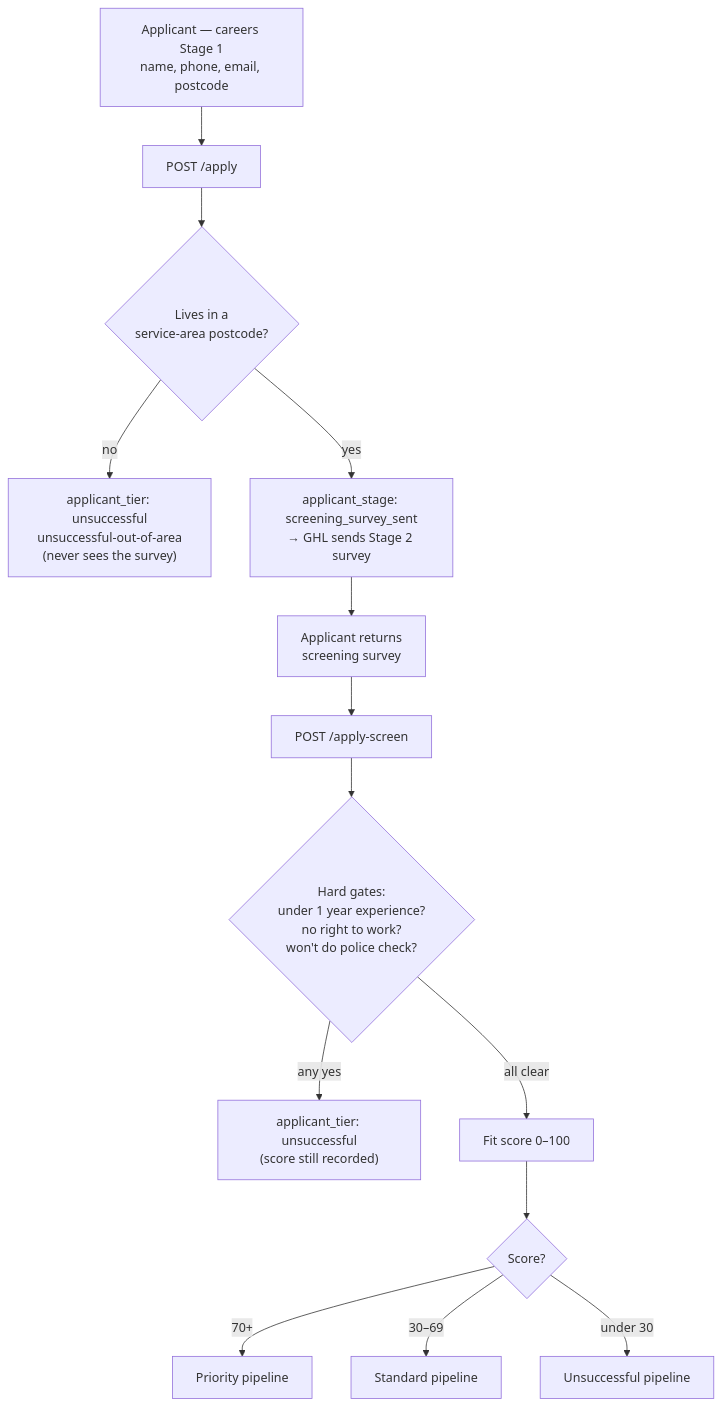
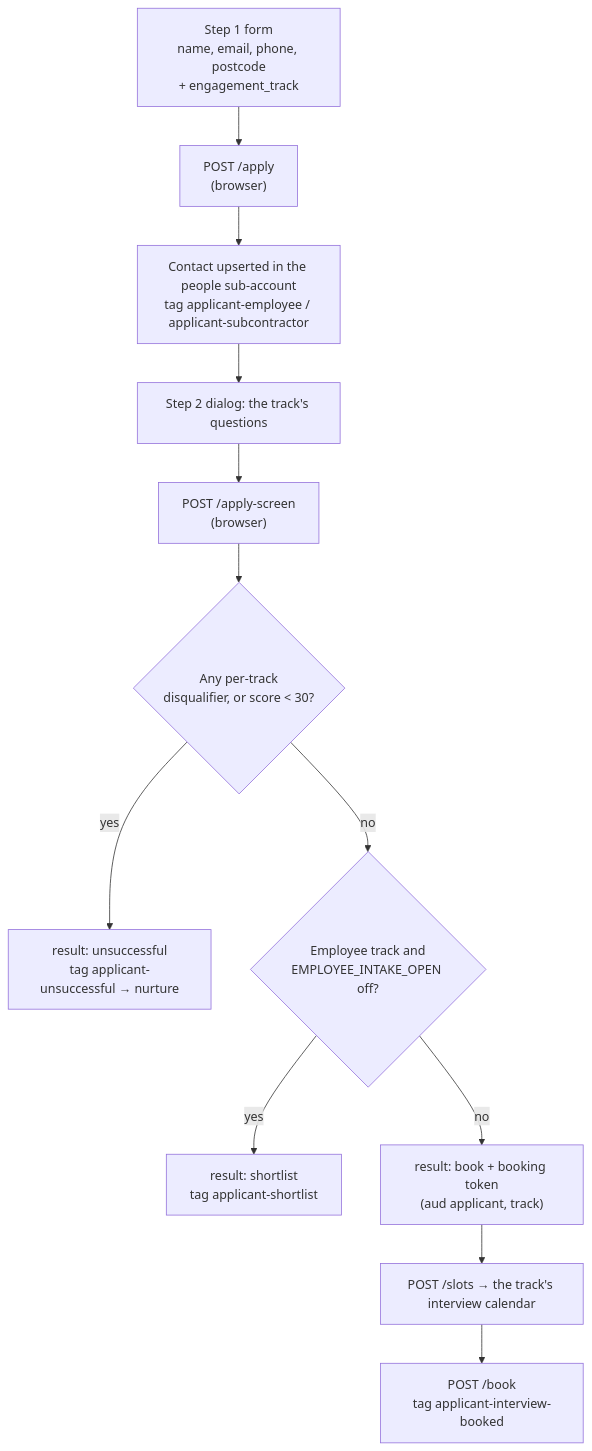
Before and after one commit to VantagePointFacilityServices/vpfs-website: the eighth of 11 diagrams in docs/WORKER.md, drawn with Mermaid. The commit also changed other lines of this file and 2 other files, not shown here.

First line of the commit message:
Save applicant answers to GHL; bring the Worker docs' applicant sections up to date

````diff
--- a/docs/WORKER.md
+++ b/docs/WORKER.md
@@ -475,16 +472,12 @@
 ```mermaid
 flowchart TD
-    A["Applicant — careers Stage 1<br/>name, phone, email, postcode"] --> AP["POST /apply"]
-    AP --> PC{"Lives in a<br/>service-area postcode?"}
-    PC -- no --> U1["applicant_tier: unsuccessful<br/>unsuccessful-out-of-area<br/>(never sees the survey)"]
-    PC -- yes --> SS["applicant_stage: screening_survey_sent<br/>→ GHL sends Stage 2 survey"]
-
-    SS --> SV["Applicant returns<br/>screening survey"] --> AS["POST /apply-screen"]
-    AS --> H{"Hard gates:<br/>under 1 year experience?<br/>no right to work?<br/>won't do police check?"}
-    H -- any yes --> U2["applicant_tier: unsuccessful<br/>(score still recorded)"]
-    H -- all clear --> S["Fit score 0–100"]
-    S --> ST{"Score?"}
-    ST -- "70+" --> P["Priority pipeline"]
-    ST -- "30–69" --> SD["Standard pipeline"]
-    ST -- "under 30" --> U3["Unsuccessful pipeline"]
+    A["Step 1 form<br/>name, email, phone, postcode<br/>+ engagement_track"] --> AP["POST /apply<br/>(browser)"]
+    AP --> C["Contact upserted in the people sub-account<br/>tag applicant-employee / applicant-subcontractor"]
+    C --> D["Step 2 dialog: the track's questions"] --> AS["POST /apply-screen<br/>(browser)"]
+    AS --> H{"Any per-track<br/>disqualifier, or score < 30?"}
+    H -- yes --> U["result: unsuccessful<br/>tag applicant-unsuccessful → nurture"]
+    H -- no --> E{"Employee track and<br/>EMPLOYEE_INTAKE_OPEN off?"}
+    E -- yes --> S["result: shortlist<br/>tag applicant-shortlist"]
+    E -- no --> B["result: book + booking token<br/>(aud applicant, track)"]
+    B --> SL["POST /slots → the track's interview calendar"] --> BK["POST /book<br/>tag applicant-interview-booked"]
 ```
````
